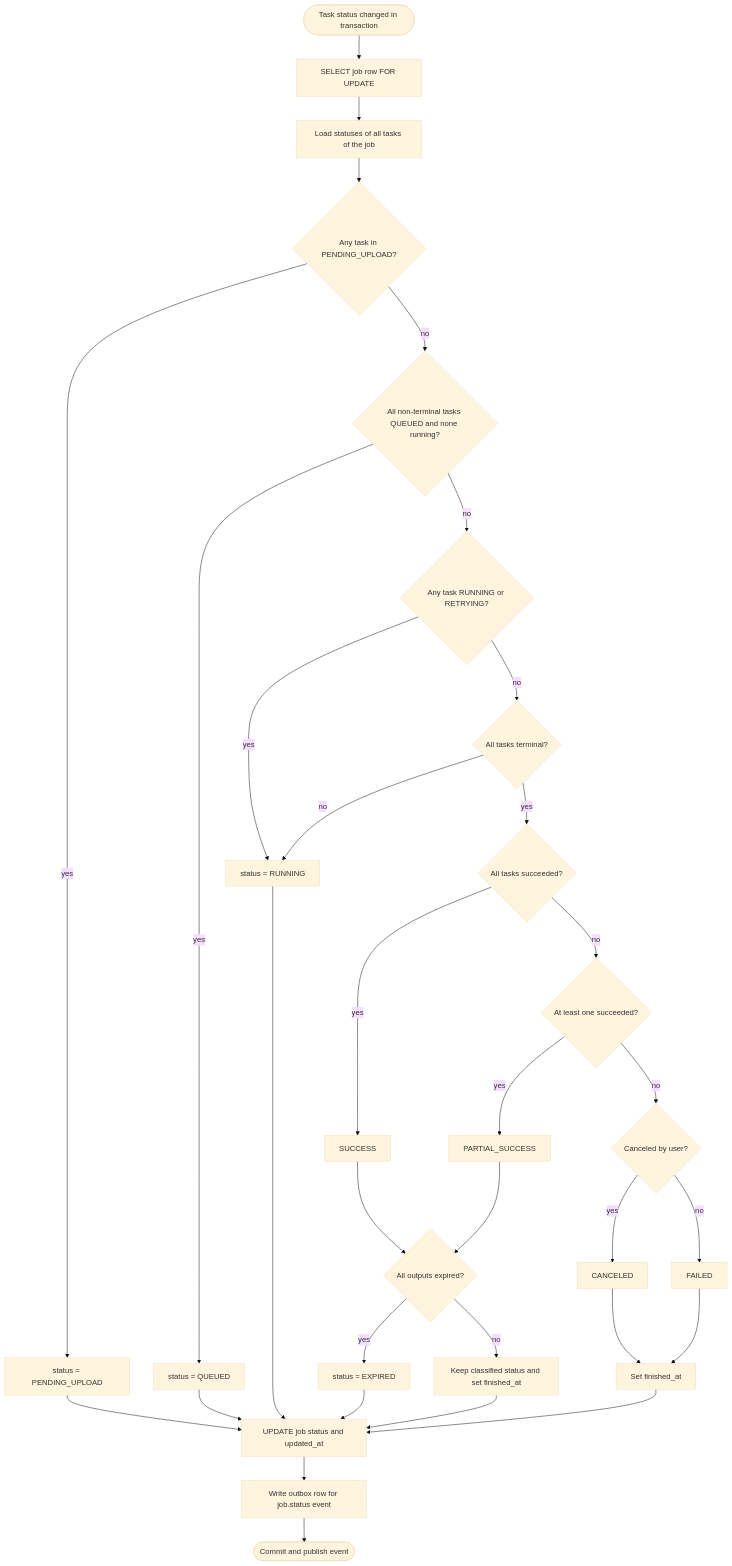
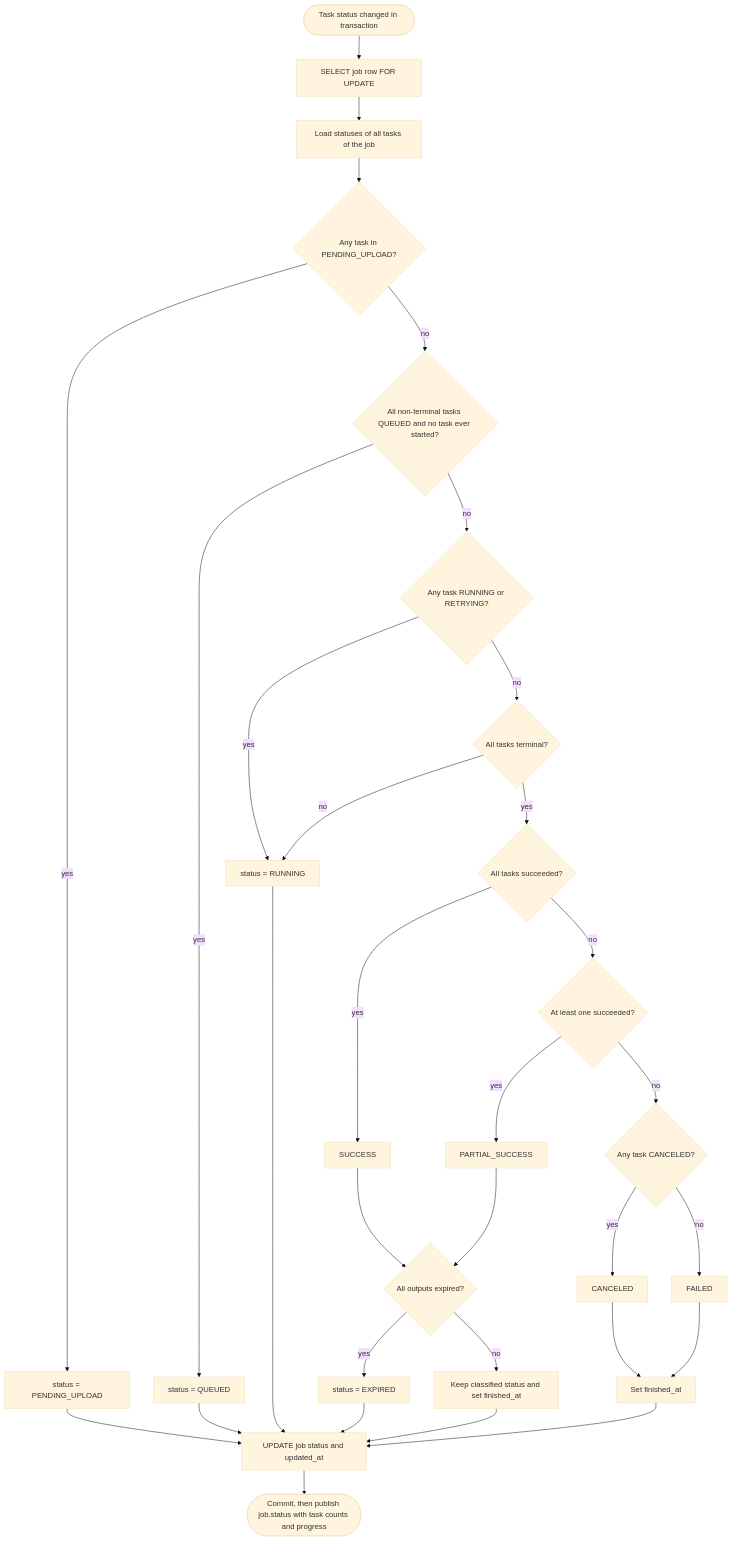
Before and after one commit to MardonBa/transcoding-job-scheduler: the diagram in docs/diagrams/activity/job-status-derivation.md, drawn with Mermaid (base theme). The commit also changed other lines of this file and 31 other files, not shown here.

````diff
--- a/docs/diagrams/activity/job-status-derivation.md
+++ b/docs/diagrams/activity/job-status-derivation.md
@@ -5,34 +5,33 @@
 ```mermaid
 flowchart TD
     A(["Task status changed in transaction"]) --> B["SELECT job row FOR UPDATE"]
     B --> C["Load statuses of all tasks of the job"]
     C --> D{"Any task in PENDING_UPLOAD?"}
     D -- yes --> S1["status = PENDING_UPLOAD"]
-    D -- no --> E{"All non-terminal tasks QUEUED and none running?"}
+    D -- no --> E{"All non-terminal tasks QUEUED and no task ever started?"}
     E -- yes --> S2["status = QUEUED"]
     E -- no --> F{"Any task RUNNING or RETRYING?"}
     F -- yes --> S3["status = RUNNING"]
     F -- no --> G{"All tasks terminal?"}
     G -- no --> S3
     G -- yes --> H{"All tasks succeeded?"}
     H -- yes --> K1["SUCCESS"]
     H -- no --> I{"At least one succeeded?"}
     I -- yes --> K2["PARTIAL_SUCCESS"]
-    I -- no --> J{"Canceled by user?"}
+    I -- no --> J{"Any task CANCELED?"}
     J -- yes --> K3["CANCELED"]
     J -- no --> K4["FAILED"]
     K1 --> L{"All outputs expired?"}
     K2 --> L
     L -- yes --> S4["status = EXPIRED"]
     L -- no --> M["Keep classified status and set finished_at"]
     K3 --> M2["Set finished_at"]
     K4 --> M2
     S1 --> U
     S2 --> U
     S3 --> U
     S4 --> U
     M --> U
     M2 --> U
-    U["UPDATE job status and updated_at"] --> W["Write outbox row for job.status event"]
-    W --> X(["Commit and publish event"])
+    U["UPDATE job status and updated_at"] --> X(["Commit, then publish job.status with task counts and progress"])
 ```
````
